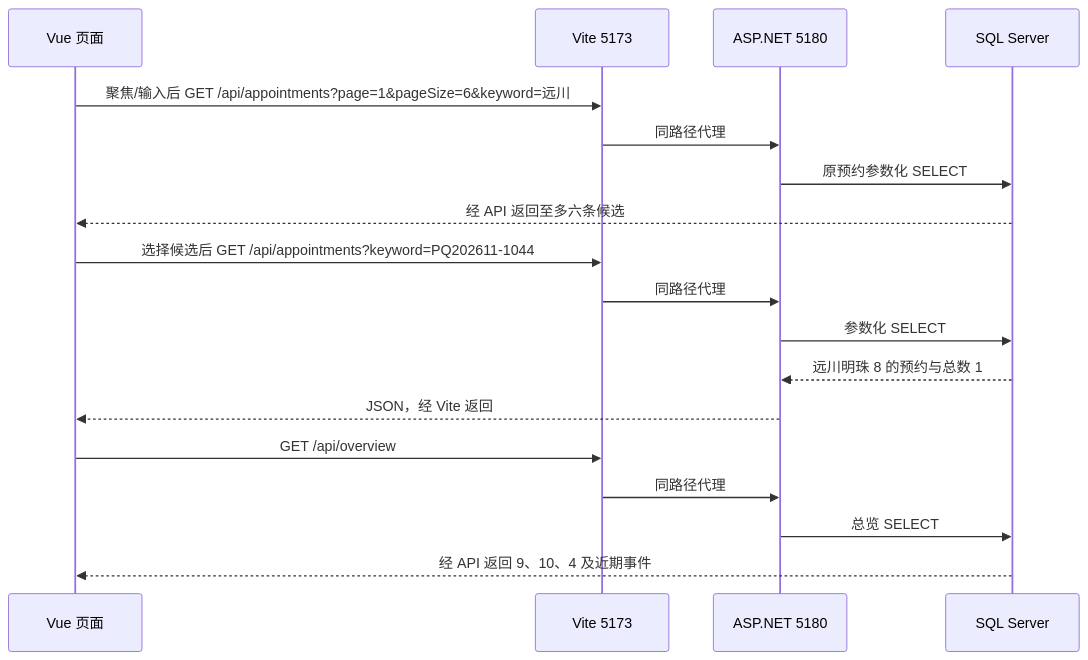
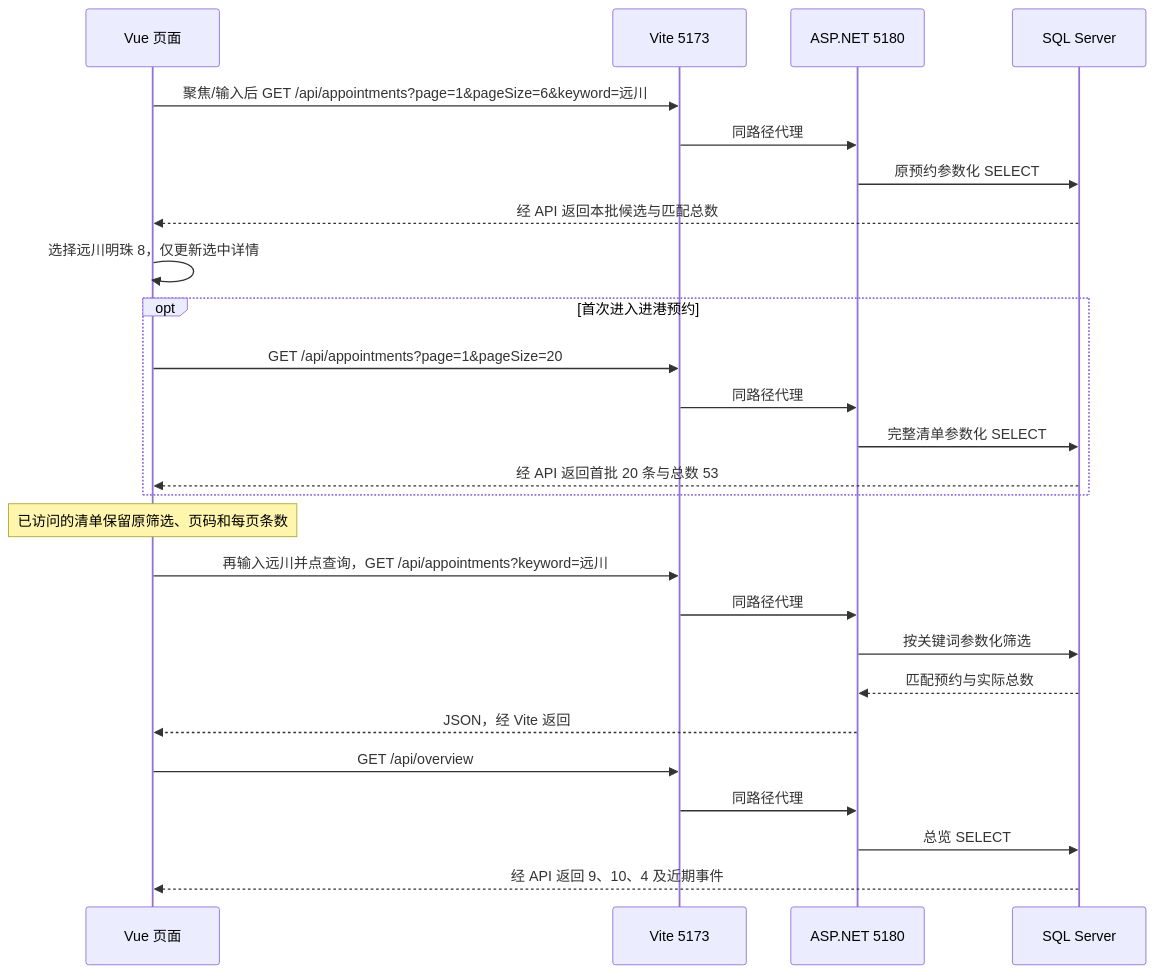
One commit to xiyue188/PortQueue changed the diagram in docs/stages/stage-2-delivery-guide.md. Above: the diagram before and after it, drawn with Mermaid. The commit also changed other lines of this file and 7 other files, not shown here.

````diff
--- a/docs/stages/stage-2-delivery-guide.md
+++ b/docs/stages/stage-2-delivery-guide.md
@@ -61,20 +70,28 @@
 ```mermaid
 sequenceDiagram
     participant U as Vue 页面
     participant V as Vite 5173
     participant A as ASP.NET 5180
     participant D as SQL Server
     U->>V: 聚焦/输入后 GET /api/appointments?page=1&pageSize=6&keyword=远川
     V->>A: 同路径代理
     A->>D: 原预约参数化 SELECT
-    D-->>U: 经 API 返回至多六条候选
-    U->>V: 选择候选后 GET /api/appointments?keyword=PQ202611-1044
+    D-->>U: 经 API 返回本批候选与匹配总数
+    U->>U: 选择远川明珠 8，仅更新选中详情
+    opt 首次进入进港预约
+        U->>V: GET /api/appointments?page=1&pageSize=20
+        V->>A: 同路径代理
+        A->>D: 完整清单参数化 SELECT
+        D-->>U: 经 API 返回首批 20 条与总数 53
+    end
+    Note over U: 已访问的清单保留原筛选、页码和每页条数
+    U->>V: 再输入远川并点查询，GET /api/appointments?keyword=远川
     V->>A: 同路径代理
-    A->>D: 参数化 SELECT
-    D-->>A: 远川明珠 8 的预约与总数 1
+    A->>D: 按关键词参数化筛选
+    D-->>A: 匹配预约与实际总数
     A-->>U: JSON，经 Vite 返回
     U->>V: GET /api/overview
     V->>A: 同路径代理
     A->>D: 总览 SELECT
     D-->>U: 经 API 返回 9、10、4 及近期事件
 ```
````
